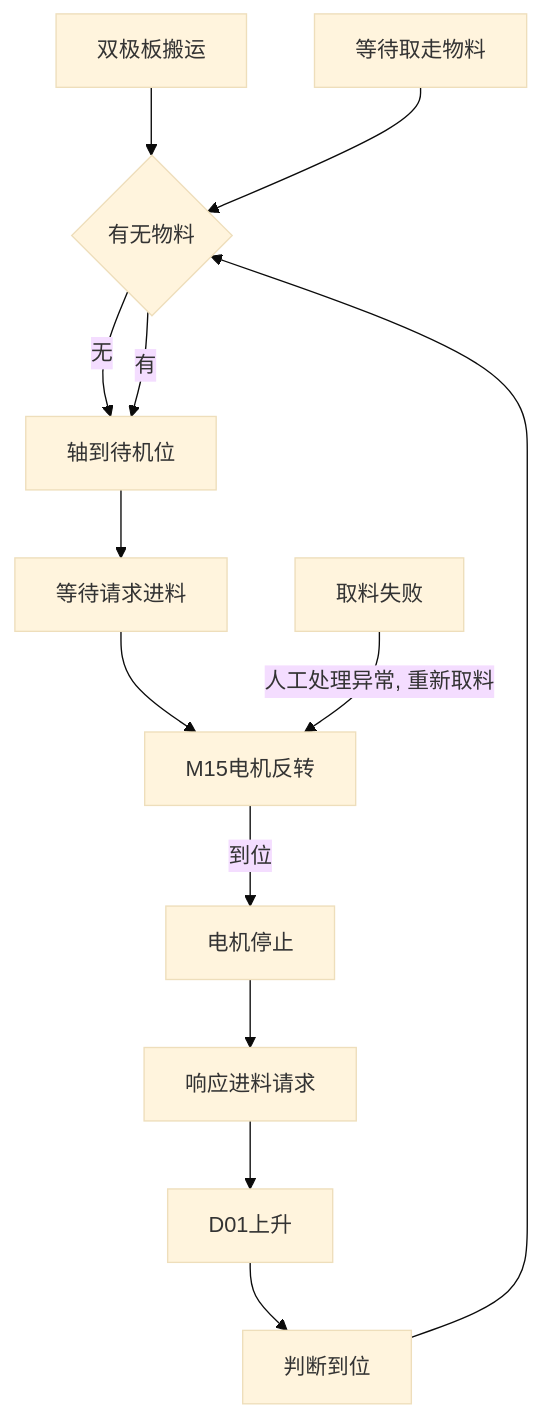
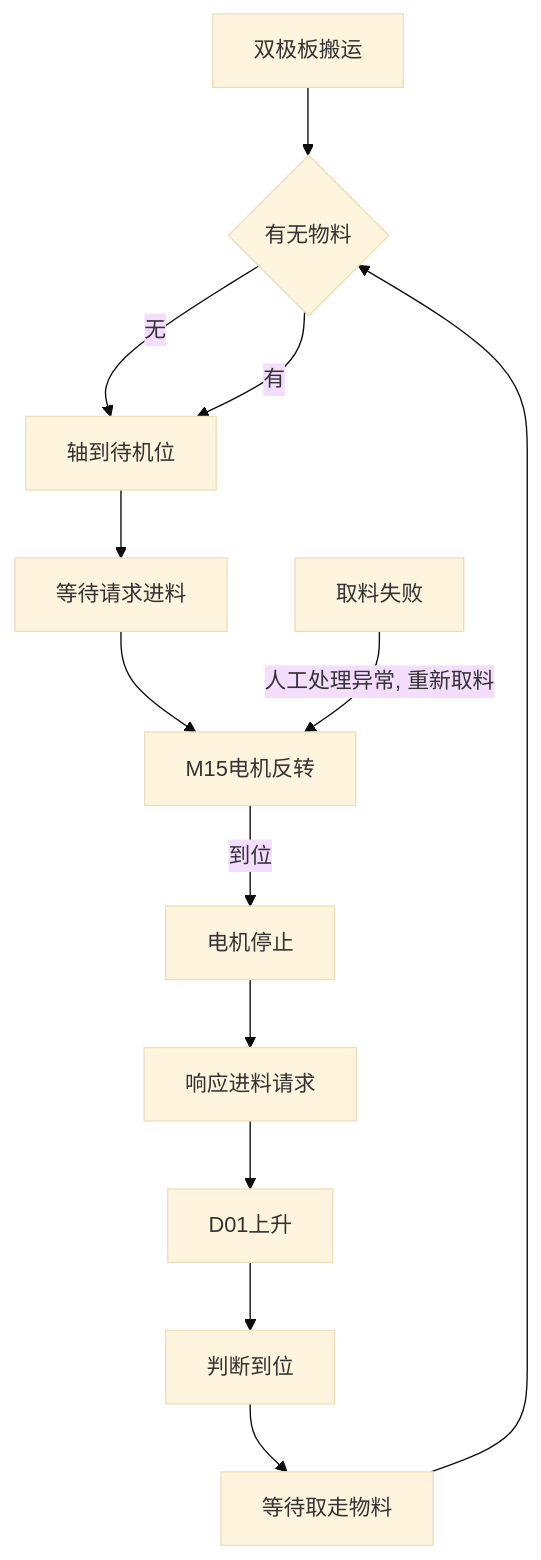
Before and after one commit to PengKun1/iodraw-files: the diagram in all/未命名-1.md, drawn with Mermaid (base theme).

Commit message:
2024-08-20 11:03:52 update

````diff
--- a/all/未命名-1.md
+++ b/all/未命名-1.md
@@ -1,17 +1,16 @@
 ```mermaid
 graph TD
 0[双极板搬运]-->10
 10{有无物料}-->|无|20
 10-->|有|20
 20[轴到待机位]-->30
 30[等待请求进料]-->40
 40[M15电机反转]-->|到位|50
 50[电机停止]-->60
 60[响应进料请求]-->70
 70[D01上升]-->80
-80[判断到位]-->10
-
+80[判断到位]-->90
 90[等待取走物料]-->10
 
 900[取料失败]-->|人工处理异常, 重新取料|40
 ```
````
